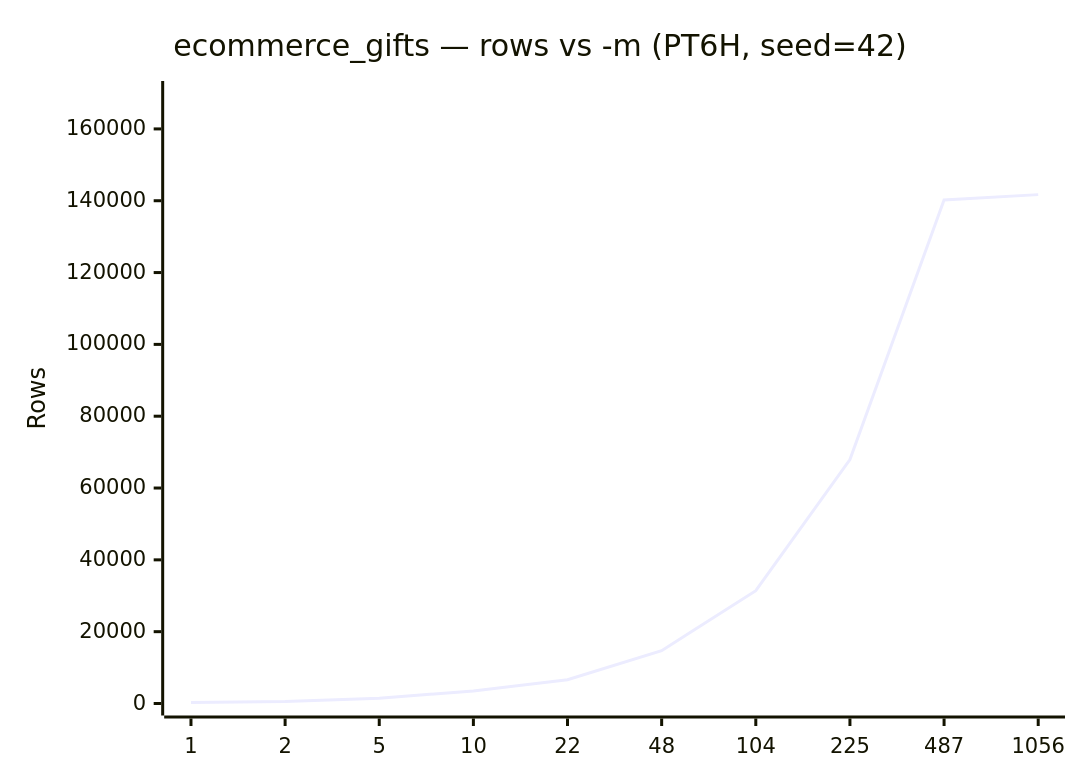
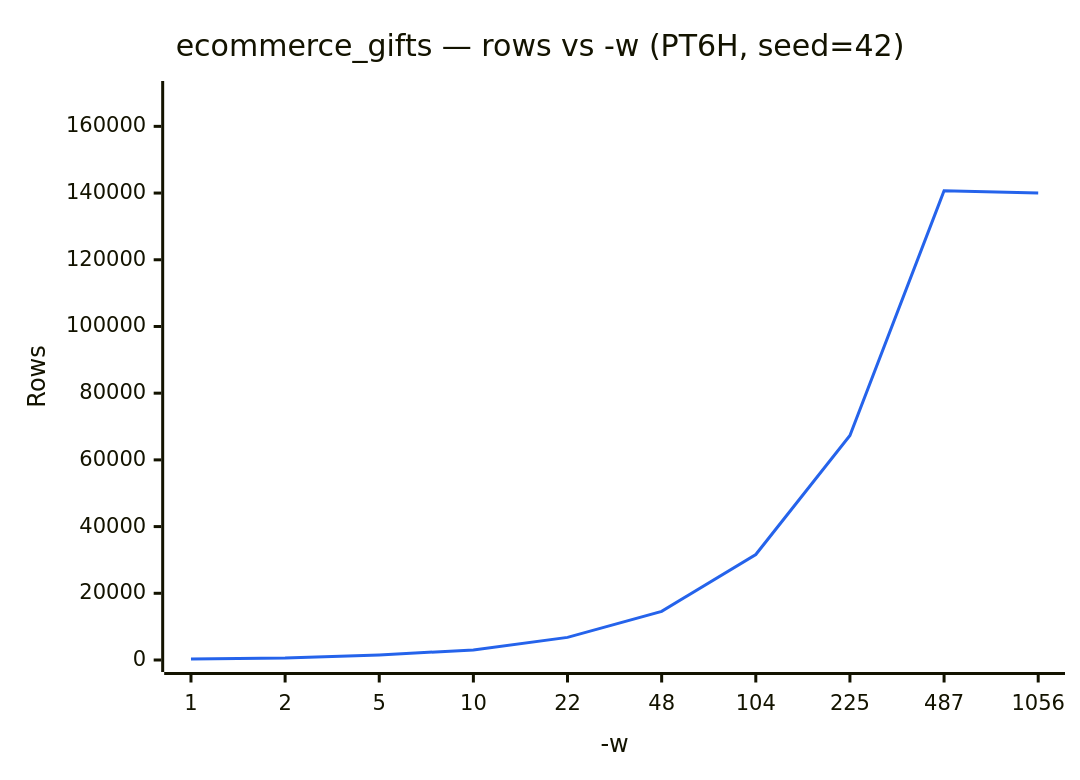
Before and after one commit to implydata/imply-eventgenerator: the fifth of 5 diagrams in docs/presets/ecommerce_gifts.md, drawn with Mermaid. The commit also changed other lines of this file and 3 other files, not shown here.

First line of the commit message:
Bring ecommerce_gifts/sports up to date with main's ecommerce siblings

````diff
--- a/docs/presets/ecommerce_gifts.md
+++ b/docs/presets/ecommerce_gifts.md
@@ -199,7 +189,8 @@
 ```mermaid
+%%{init: {'themeVariables': {'xyChart': {'plotColorPalette': '#2563eb'}}}}%%
 xychart-beta
-    title "ecommerce_gifts — rows vs -m (PT6H, seed=42)"
-    x-axis [1, 2, 5, 10, 22, 48, 104, 225, 487, 1056]
+    title "ecommerce_gifts — rows vs -w (PT6H, seed=42)"
+    x-axis "-w" [1, 2, 5, 10, 22, 48, 104, 225, 487, 1056]
     y-axis "Rows" 0 --> 170000
-    line [289, 585, 1492, 3478, 6634, 14705, 31426, 67912, 140220, 141702]
+    line [289, 588, 1514, 3008, 6781, 14594, 31631, 67310, 140676, 140035]
 ```
````
